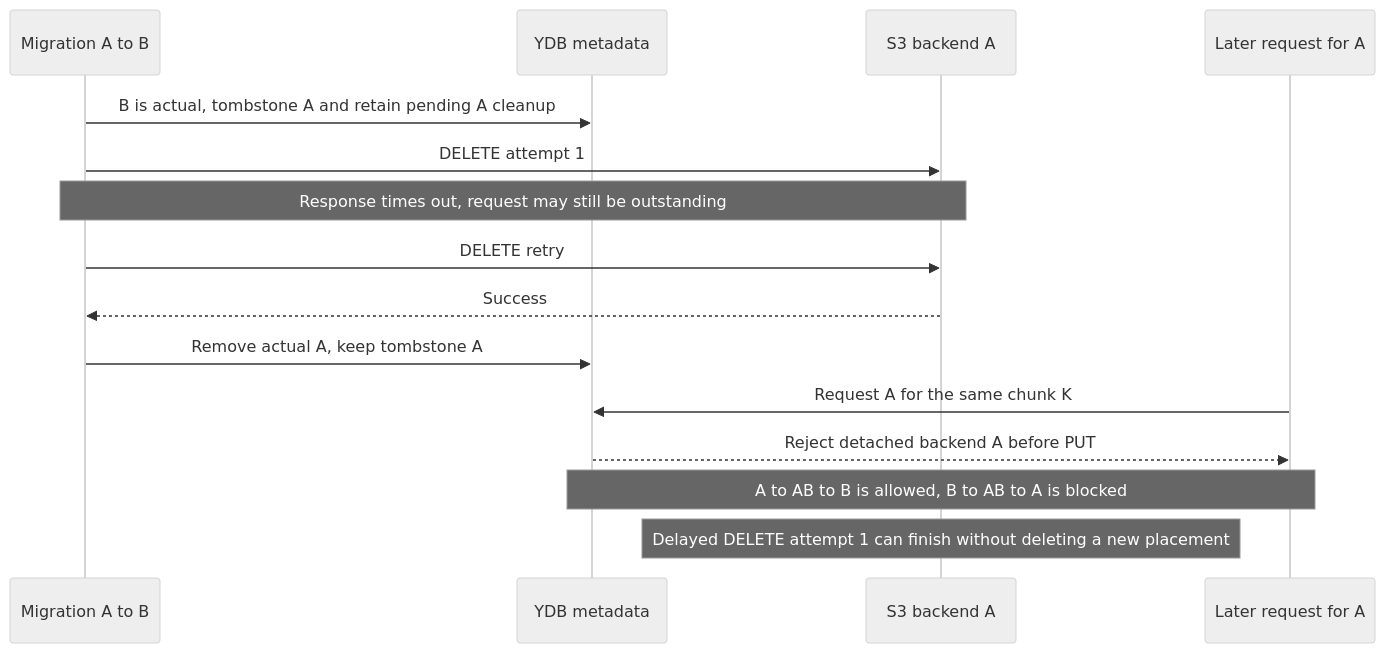
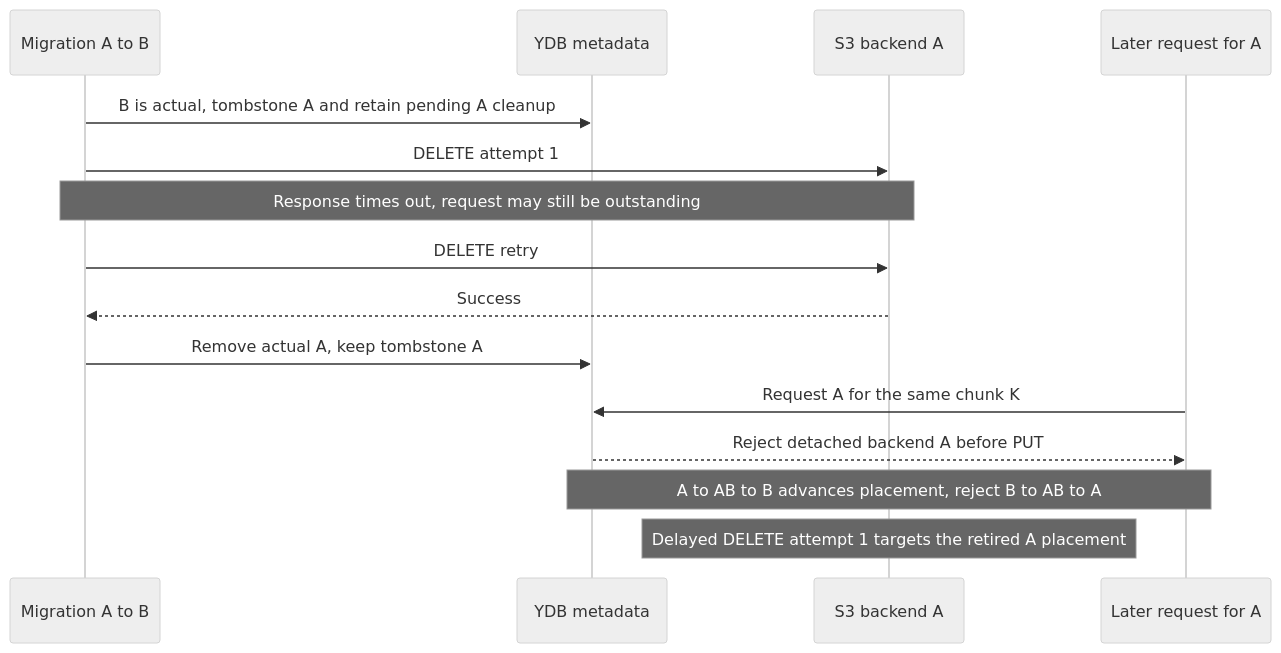
Before and after one commit to ydb-platform/nbs: the sixth of 10 diagrams in doc/disk_manager/chunk_storage/design_doc.md, drawn with Mermaid (neutral theme). The commit also changed other lines of this file, not shown here.

````diff
--- a/doc/disk_manager/chunk_storage/design_doc.md
+++ b/doc/disk_manager/chunk_storage/design_doc.md
@@ -263,17 +259,17 @@
 ```mermaid
 sequenceDiagram
     participant Forward as Migration A to B
     participant DB as YDB metadata
     participant A as S3 backend A
     participant Reverse as Later request for A
     Forward->>DB: B is actual, tombstone A and retain pending A cleanup
     Forward->>A: DELETE attempt 1
     Note over Forward,A: Response times out, request may still be outstanding
     Forward->>A: DELETE retry
     A-->>Forward: Success
     Forward->>DB: Remove actual A, keep tombstone A
     Reverse->>DB: Request A for the same chunk K
     DB-->>Reverse: Reject detached backend A before PUT
-    Note over DB,Reverse: A to AB to B is allowed, B to AB to A is blocked
-    Note over A: Delayed DELETE attempt 1 can finish without deleting a new placement
+    Note over DB,Reverse: A to AB to B advances placement, reject B to AB to A
+    Note over A: Delayed DELETE attempt 1 targets the retired A placement
 ```
````
